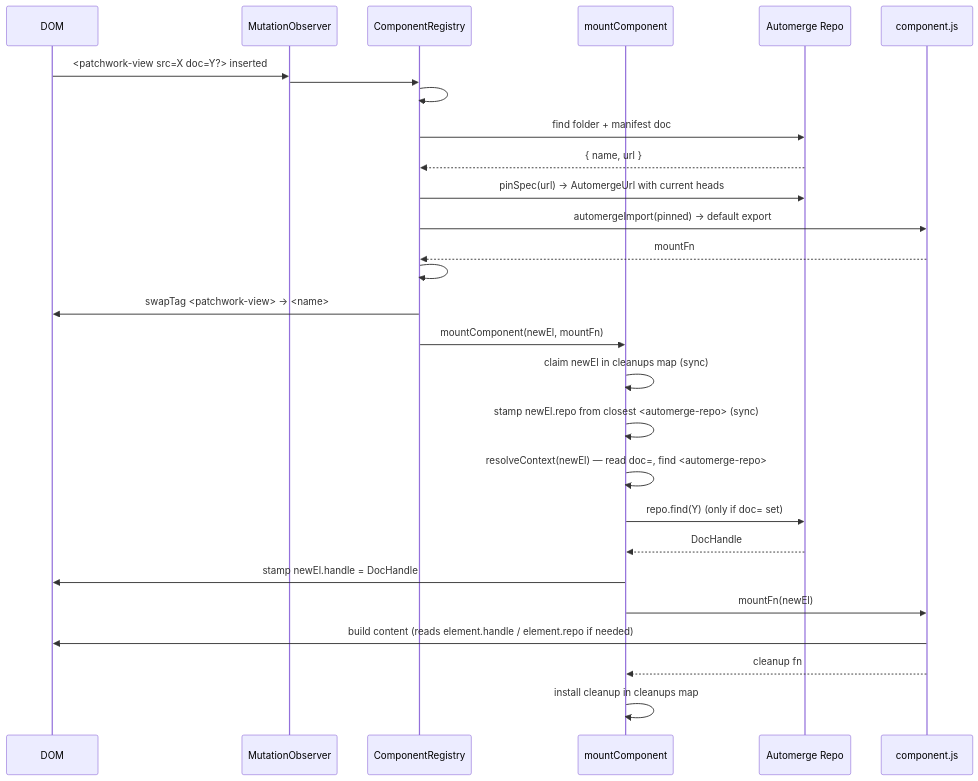
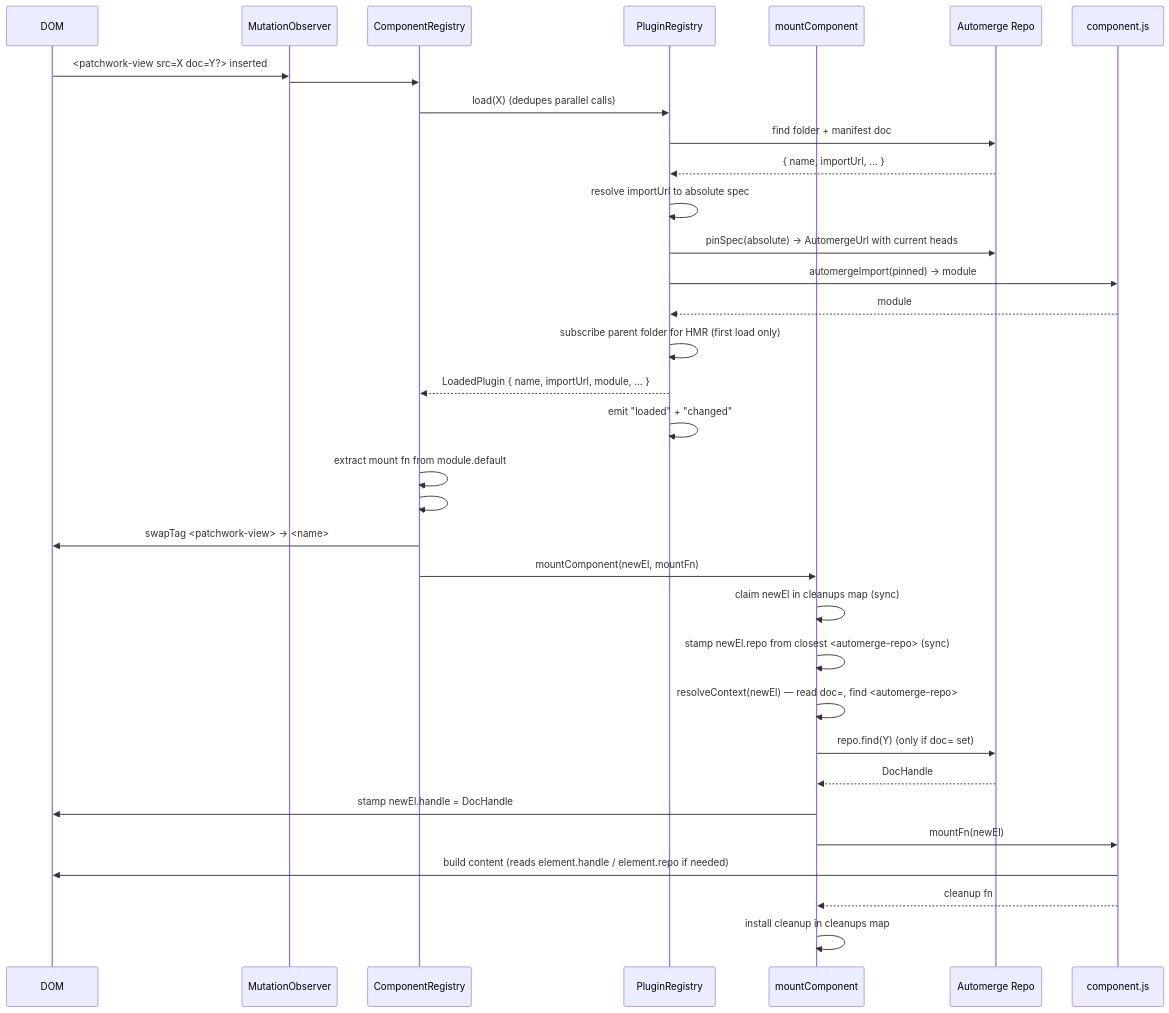
Before and after one commit to paulsonnentag/overlock-patchwork: the diagram in docs/lifecycle.md, drawn with Mermaid. The commit also changed other lines of this file and 10 other files, not shown here.

First line of the commit message:
extract plugin registry from component registry

````diff
--- a/docs/lifecycle.md
+++ b/docs/lifecycle.md
@@ -10,31 +11,37 @@
 ```mermaid
 sequenceDiagram
   participant DOM
   participant MO as MutationObserver
   participant Reg as ComponentRegistry
+  participant Plug as PluginRegistry
   participant MC as mountComponent
   participant Repo as Automerge Repo
   participant Mod as component.js
 
   DOM->>MO: <patchwork-view src=X doc=Y?> inserted
   MO->>Reg: #handleElement(el)
-  Reg->>Reg: #ensureLoaded(X) (dedupes parallel calls)
-  Reg->>Repo: find folder + manifest doc
-  Repo-->>Reg: { name, url }
-  Reg->>Repo: pinSpec(url) -> AutomergeUrl with current heads
-  Reg->>Mod: automergeImport(pinned) -> default export
-  Mod-->>Reg: mountFn
+  Reg->>Plug: load(X) (dedupes parallel calls)
+  Plug->>Repo: find folder + manifest doc
+  Repo-->>Plug: { name, importUrl, ... }
+  Plug->>Plug: resolve importUrl to absolute spec
+  Plug->>Repo: pinSpec(absolute) -> AutomergeUrl with current heads
+  Plug->>Mod: automergeImport(pinned) -> module
+  Mod-->>Plug: module
+  Plug->>Plug: subscribe parent folder for HMR (first load only)
+  Plug-->>Reg: LoadedPlugin { name, importUrl, module, ... }
+  Plug->>Plug: emit "loaded" + "changed"
+  Reg->>Reg: extract mount fn from module.default
   Reg->>Reg: #registerComponent(name, mountFn) (collision -> throw)
   Reg->>DOM: swapTag <patchwork-view> -> <name>
   Reg->>MC: mountComponent(newEl, mountFn)
   MC->>MC: claim newEl in cleanups map (sync)
   MC->>MC: stamp newEl.repo from closest <automerge-repo> (sync)
   MC->>MC: resolveContext(newEl) — read doc=, find <automerge-repo>
   MC->>Repo: repo.find(Y) (only if doc= set)
   Repo-->>MC: DocHandle
   MC->>DOM: stamp newEl.handle = DocHandle
   MC->>Mod: mountFn(newEl)
   Mod->>DOM: build content (reads element.handle / element.repo if needed)
   Mod-->>MC: cleanup fn
   MC->>MC: install cleanup in cleanups map
 ```
````
